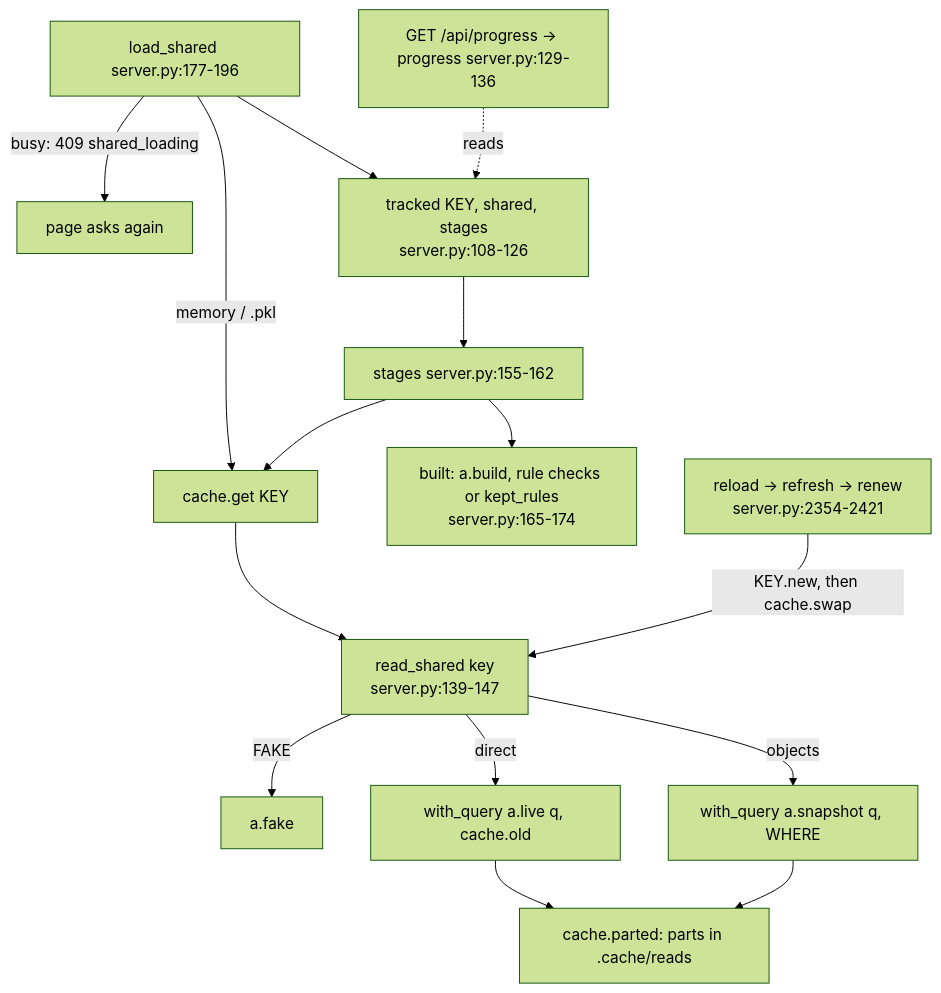
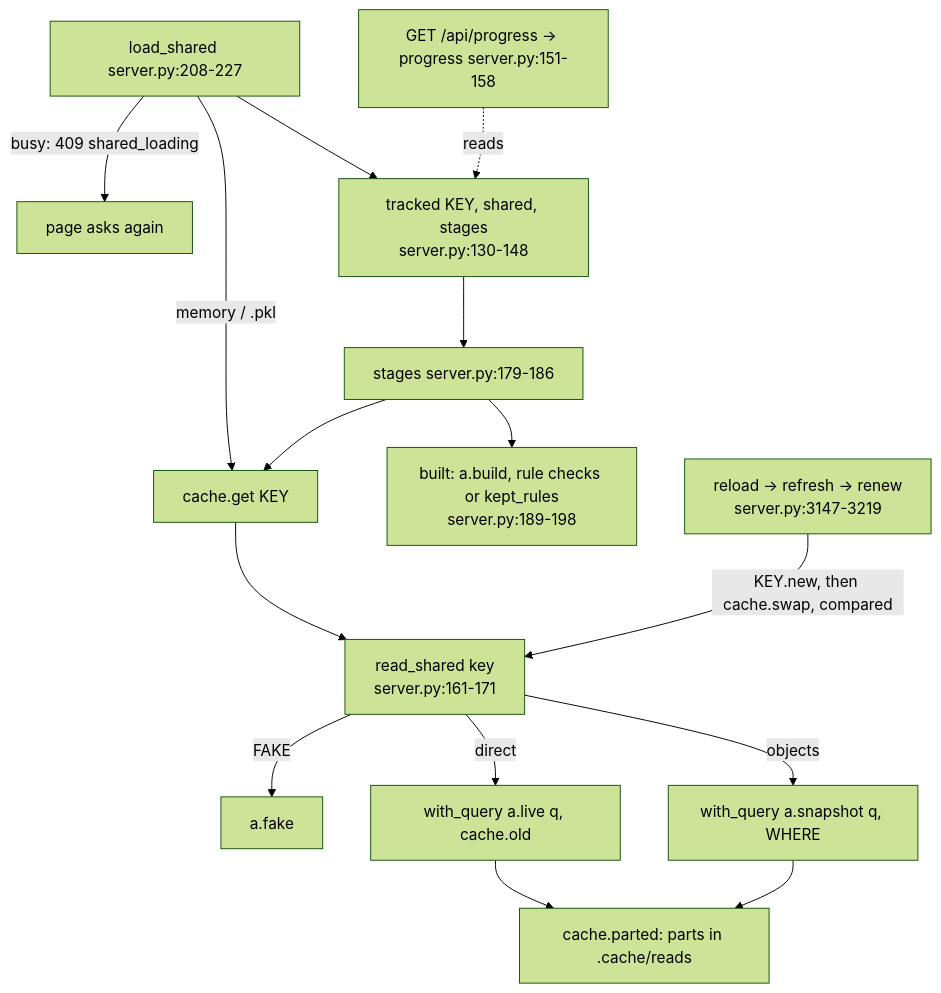
One commit to darshanmeel/snowflake-access-explorer changed the second of 2 diagrams in snowflake-access-explorer-knowledge-graph/modules/server.md. Above: the diagram before and after it, drawn with Mermaid (forest theme). The commit also changed other lines of this file and 86 other files, not shown here.

First line of the commit message:
Knowledge graph up to a71221c: paged pages, lazy graph boxes, read order, What changed at refresh, load steps

````diff
--- a/snowflake-access-explorer-knowledge-graph/modules/server.md
+++ b/snowflake-access-explorer-knowledge-graph/modules/server.md
@@ -92,16 +129,16 @@
 ```mermaid
 flowchart TD
-  LSH[load_shared server.py:177-196] -->|memory / .pkl| CG[cache.get KEY]
+  LSH[load_shared server.py:208-227] -->|memory / .pkl| CG[cache.get KEY]
   LSH -->|busy: 409 shared_loading| W[page asks again]
-  LSH --> TR[tracked KEY, shared, stages<br/>server.py:108-126]
-  TR --> STG[stages server.py:155-162]
+  LSH --> TR[tracked KEY, shared, stages<br/>server.py:130-148]
+  TR --> STG[stages server.py:179-186]
   STG --> CG
-  CG --> RS[read_shared key<br/>server.py:139-147]
+  CG --> RS[read_shared key<br/>server.py:161-171]
   RS -->|FAKE| FK[a.fake]
   RS -->|direct| LV[with_query a.live q, cache.old]
   RS -->|objects| SN[with_query a.snapshot q, WHERE]
   LV & SN --> PQ[cache.parted: parts in .cache/reads]
-  STG --> BT[built: a.build, rule checks or kept_rules<br/>server.py:165-174]
-  RL[reload -> refresh -> renew<br/>server.py:2354-2421] -->|KEY.new, then cache.swap| RS
-  PG[GET /api/progress -> progress server.py:129-136] -.reads.-> TR
+  STG --> BT[built: a.build, rule checks or kept_rules<br/>server.py:189-198]
+  RL[reload -> refresh -> renew<br/>server.py:3147-3219] -->|KEY.new, then cache.swap, compared| RS
+  PG[GET /api/progress -> progress server.py:151-158] -.reads.-> TR
 ```
````
